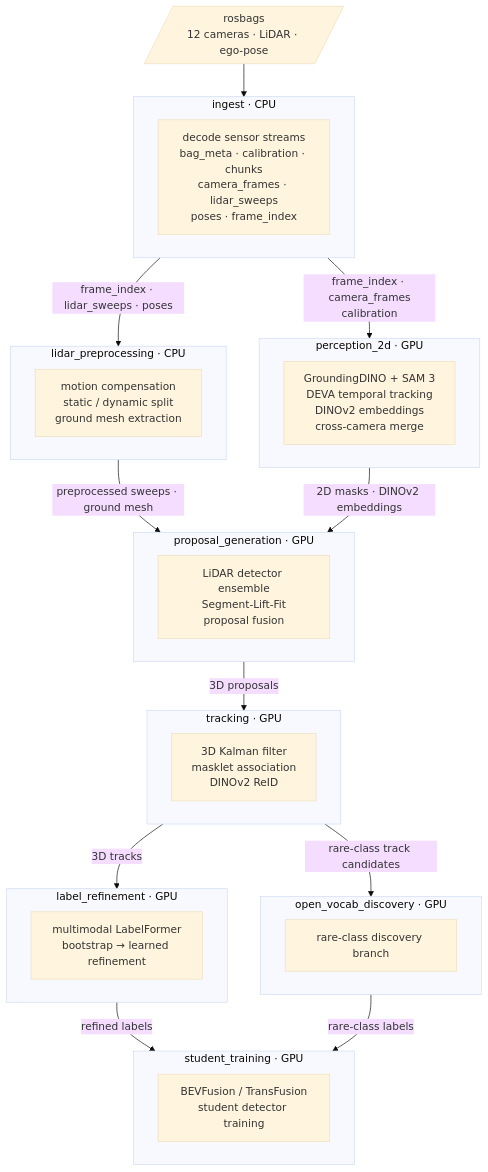
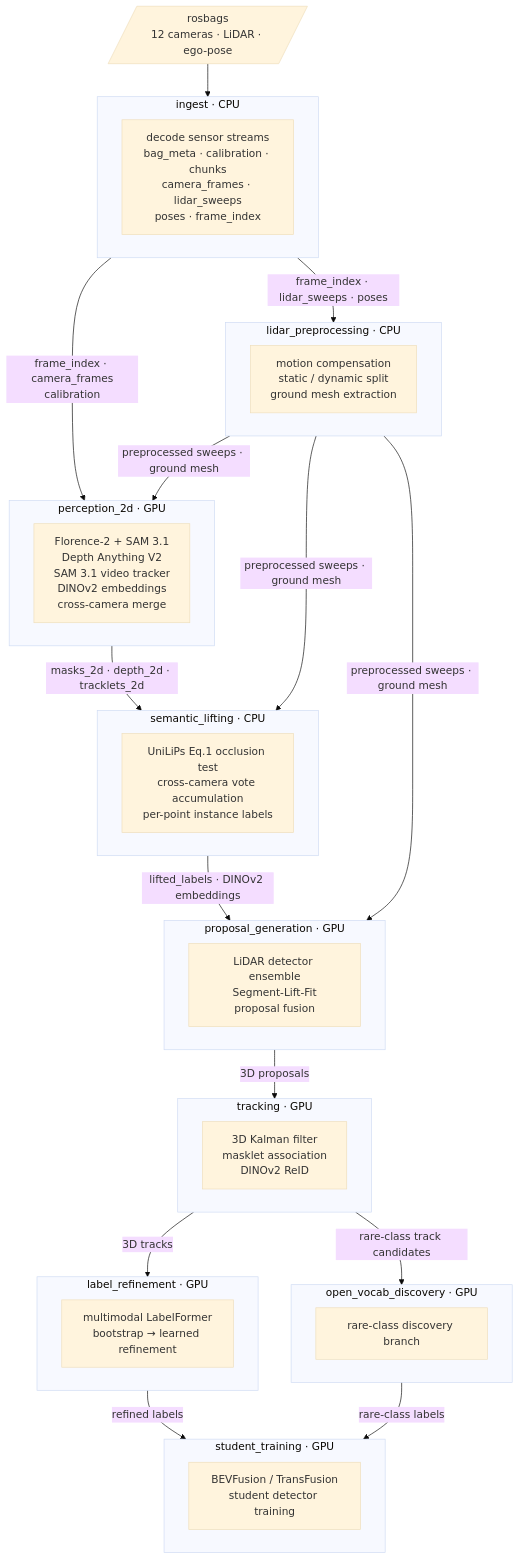
One commit to WATonomous/wato_world changed the diagram in README.md. Above: the diagram before and after it, drawn with Mermaid (base theme). The commit also changed other lines of this file and 51 other files, not shown here.

Commit message:
architecture revamp

````diff
--- a/README.md
+++ b/README.md
@@ -9,47 +9,54 @@
 ```mermaid
 flowchart TD
     BAG[/"rosbags\n12 cameras · LiDAR · ego-pose"/]
 
     subgraph ingest["ingest  ·  CPU"]
         I["decode sensor streams\nbag_meta · calibration · chunks\ncamera_frames · lidar_sweeps\nposes · frame_index"]
     end
 
     subgraph lidar_prep["lidar_preprocessing  ·  CPU"]
         LP["motion compensation\nstatic / dynamic split\nground mesh extraction"]
     end
 
     subgraph perception_2d["perception_2d  ·  GPU"]
-        P2["GroundingDINO + SAM 3\nDEVA temporal tracking\nDINOv2 embeddings\ncross-camera merge"]
+        P2["Florence-2 + SAM 3.1\nDepth Anything V2\nSAM 3.1 video tracker\nDINOv2 embeddings\ncross-camera merge"]
+    end
+
+    subgraph semantic_lifting["semantic_lifting  ·  CPU"]
+        SL["UniLiPs Eq.1 occlusion test\ncross-camera vote accumulation\nper-point instance labels"]
     end
 
     subgraph proposal_gen["proposal_generation  ·  GPU"]
         PG["LiDAR detector ensemble\nSegment-Lift-Fit\nproposal fusion"]
     end
 
     subgraph tracking["tracking  ·  GPU"]
         TR["3D Kalman filter\nmasklet association\nDINOv2 ReID"]
     end
 
     subgraph label_ref["label_refinement  ·  GPU"]
         LR["multimodal LabelFormer\nbootstrap → learned refinement"]
     end
 
     subgraph ovd["open_vocab_discovery  ·  GPU"]
         OV["rare-class discovery branch"]
     end
 
     subgraph student["student_training  ·  GPU"]
         ST["BEVFusion / TransFusion\nstudent detector training"]
     end
 
     BAG --> ingest
     ingest -- "frame_index · camera_frames\ncalibration" --> perception_2d
     ingest -- "frame_index · lidar_sweeps · poses" --> lidar_prep
+    lidar_prep -- "preprocessed sweeps · ground mesh" --> perception_2d
+    lidar_prep -- "preprocessed sweeps · ground mesh" --> semantic_lifting
+    perception_2d -- "masks_2d · depth_2d · tracklets_2d" --> semantic_lifting
+    semantic_lifting -- "lifted_labels · DINOv2 embeddings" --> proposal_gen
     lidar_prep -- "preprocessed sweeps · ground mesh" --> proposal_gen
-    perception_2d -- "2D masks · DINOv2 embeddings" --> proposal_gen
     proposal_gen -- "3D proposals" --> tracking
     tracking -- "3D tracks" --> label_ref
     tracking -- "rare-class track candidates" --> ovd
     label_ref -- "refined labels" --> student
     ovd -- "rare-class labels" --> student
 ```
````
